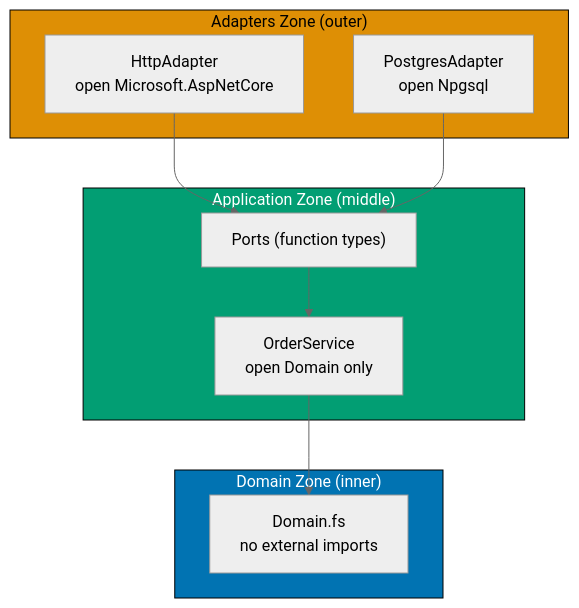
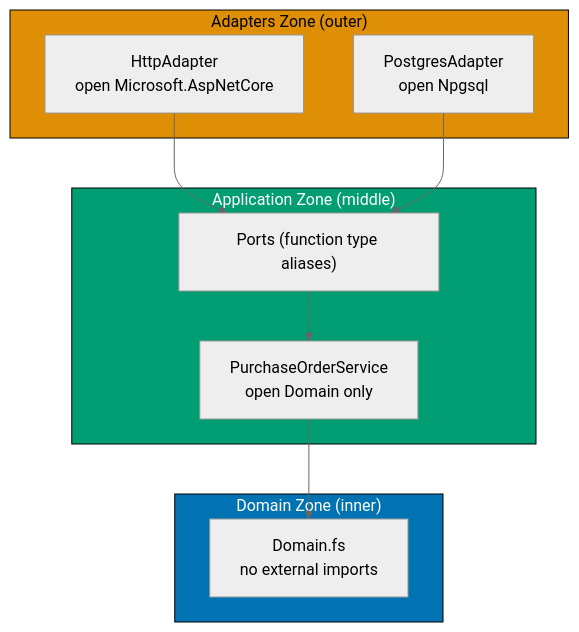
One commit to wahidyankf/open-sharia-enterprise changed the first of 3 diagrams in apps/ayokoding-web/content/en/learn/software-engineering/architecture/hexagonal-architecture/fp-by-example/beginner.md. Above: the diagram before and after it, drawn with Mermaid (neutral theme). The commit also changed other lines of this file and 38 other files, not shown here.

First line of the commit message:
docs(ayokoding-web): unify architecture tutorials on shared P2P domain

````diff
--- a/apps/ayokoding-web/content/en/learn/software-engineering/architecture/hexagonal-architecture/fp-by-example/beginner.md
+++ b/apps/ayokoding-web/content/en/learn/software-engineering/architecture/hexagonal-architecture/fp-by-example/beginner.md
@@ -27,23 +27,23 @@
 ```mermaid
 graph TD
     subgraph Adapters["Adapters Zone (outer)"]
         HTTP["HttpAdapter\nopen Microsoft.AspNetCore"]
         DB["PostgresAdapter\nopen Npgsql"]
     end
     subgraph Application["Application Zone (middle)"]
-        SVC["OrderService\nopen Domain only"]
-        PORT["Ports (function types)"]
+        SVC["PurchaseOrderService\nopen Domain only"]
+        PORT["Ports (function type aliases)"]
     end
     subgraph Domain["Domain Zone (inner)"]
         DOM["Domain.fs\nno external imports"]
     end
 
     HTTP --> PORT
     DB --> PORT
     PORT --> SVC
     SVC --> DOM
 
     style Domain fill:#0173B2,stroke:#000,color:#fff
     style Application fill:#029E73,stroke:#000,color:#fff
     style Adapters fill:#DE8F05,stroke:#000,color:#000
 ```
````
